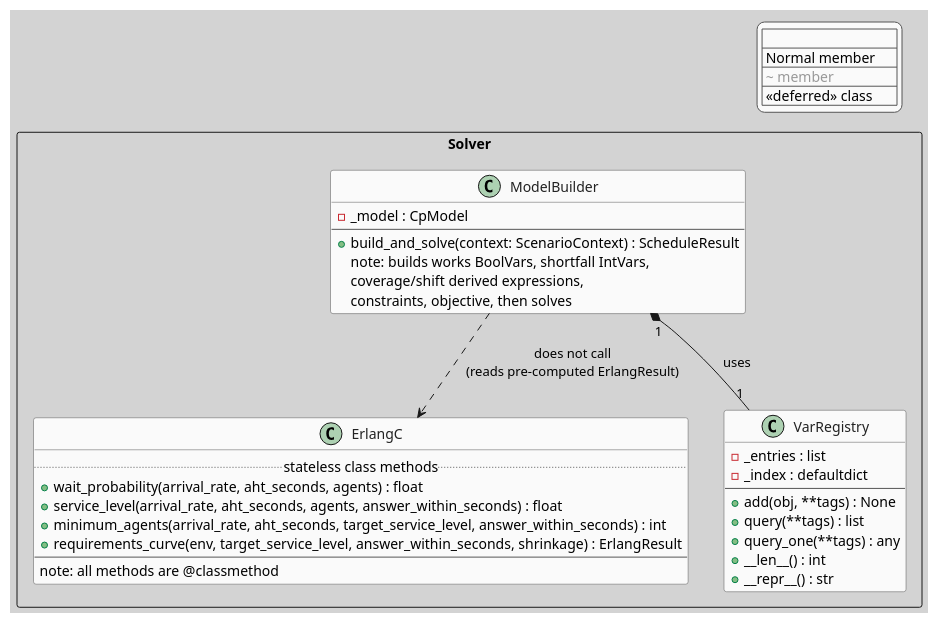
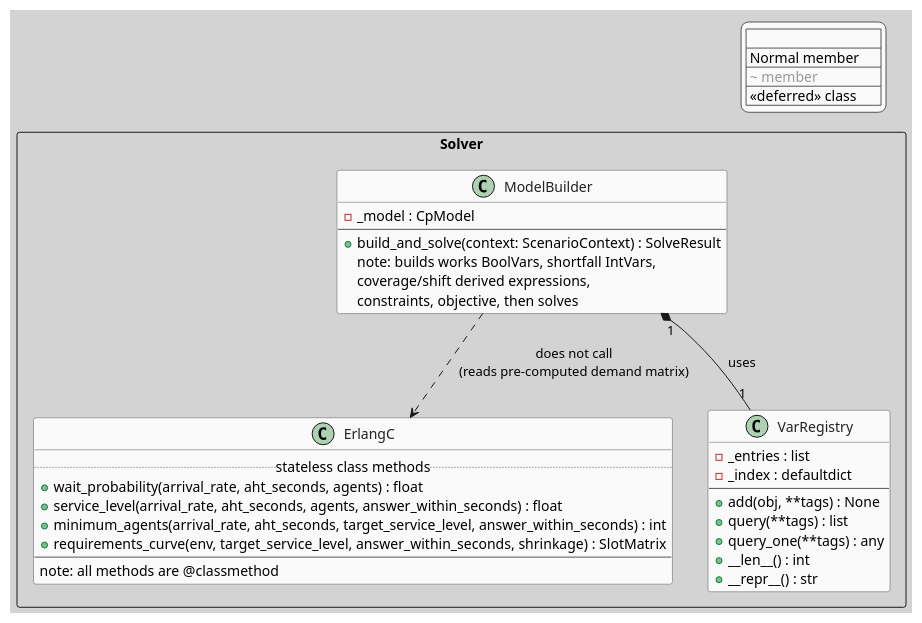
The diagram in docs/uml/solver_classes.puml (neon-tetra/schedule-architect), drawn with PlantUML before and after one commit. The commit also changed 19 other files, not shown here.

Commit message:
Refactor domain to QueueProfile/SlotMatrix and wire solve result presenter

```diff
--- a/docs/uml/solver_classes.puml
+++ b/docs/uml/solver_classes.puml
@@ -1,69 +1,63 @@
 @startuml solver_classes
 
 skinparam backgroundColor #D3D3D3
 skinparam defaultFontName Segoe UI
 
 skinparam class {
     BackgroundColor #FAFAFA
     BorderColor #555555
     FontColor #222222
     BackgroundColor<<deferred>> #E8E8E8
     BorderColor<<deferred>> #AAAAAA
     FontColor<<deferred>> #AAAAAA
     BorderStyle<<deferred>> dashed
 }
 
 skinparam legend {
     BackgroundColor #FAFAFA
     BorderColor #555555
 }
 
 legend top right
   <#FAFAFA,#555555>|                         |
   | Normal member      | Implemented          |
   | <color:#999999>~ member</color>  | Deferred / future    |
   | <<deferred>> class | Placeholder only     |
 endlegend
 
-' ─────────────────────────────────────────
-' PACKAGE: Solver
-' ─────────────────────────────────────────
 package "Solver" <<Rectangle>> {
 
     class ErlangC {
         ..stateless class methods..
         + wait_probability(arrival_rate, aht_seconds, agents) : float
         + service_level(arrival_rate, aht_seconds, agents, answer_within_seconds) : float
         + minimum_agents(arrival_rate, aht_seconds, target_service_level, answer_within_seconds) : int
-        + requirements_curve(env, target_service_level, answer_within_seconds, shrinkage) : ErlangResult
+        + requirements_curve(env, target_service_level, answer_within_seconds, shrinkage) : SlotMatrix
         --
         note: all methods are @classmethod
     }
 
     class VarRegistry {
         - _entries : list
         - _index : defaultdict
         --
         + add(obj, **tags) : None
         + query(**tags) : list
         + query_one(**tags) : any
         + __len__() : int
         + __repr__() : str
     }
 
     class ModelBuilder {
         - _model : CpModel
         --
-        + build_and_solve(context: ScenarioContext) : ScheduleResult
+        + build_and_solve(context: ScenarioContext) : SolveResult
         note: builds works BoolVars, shortfall IntVars,\ncoverage/shift derived expressions,\nconstraints, objective, then solves
     }
 
 }
 
-' ─────────────────────────────────────────
-' RELATIONSHIPS
-' ─────────────────────────────────────────
-ModelBuilder ..> ErlangC : does not call\n(reads pre-computed ErlangResult)
+ModelBuilder ..> ErlangC : does not call\n(reads pre-computed demand matrix)
 ModelBuilder "1" *-- "1" VarRegistry : uses
 
 @enduml
```
